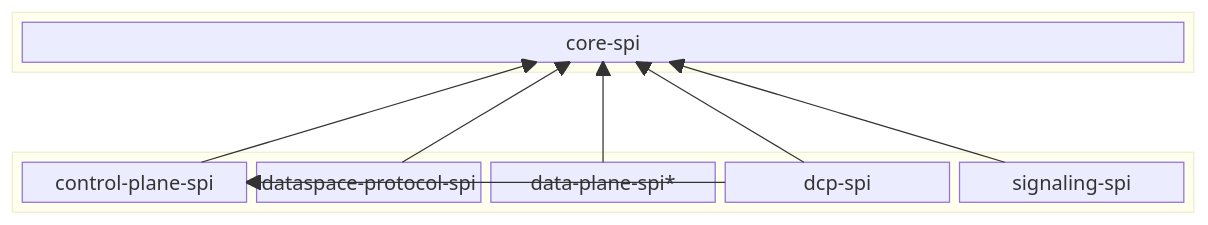
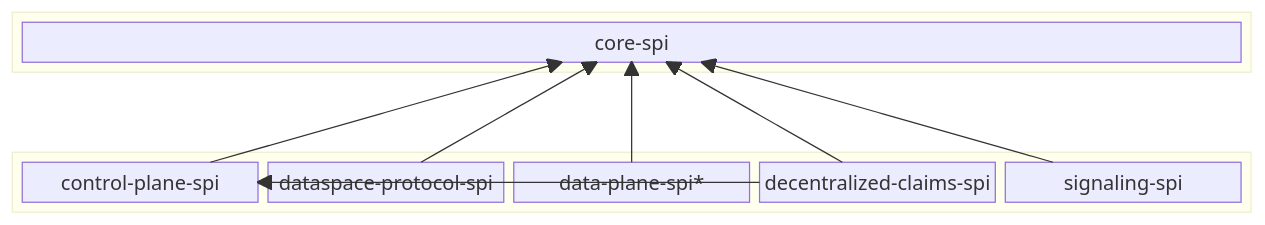
Before and after one commit to eclipse-edc/Connector: the diagram in docs/developer/decision-records/2026-06-18-spi-module-consolidation/README.md, drawn with Mermaid. The commit also changed other lines of this file and 44 other files, not shown here.

Commit message:
rename dcp-spi -> decentralized-claims-spi to avoid clashes

````diff
--- a/docs/developer/decision-records/2026-06-18-spi-module-consolidation/README.md
+++ b/docs/developer/decision-records/2026-06-18-spi-module-consolidation/README.md
@@ -96,22 +96,22 @@
 ```mermaid
 block-beta
     columns 1
     block
         R["core-spi"]
     end
     space
     block
         A["control-plane-spi"]
         B["dataspace-protocol-spi"]
         C["data-plane-spi*"]
-        D["dcp-spi"]
+        D["decentralized-claims-spi"]
         E["signaling-spi"]
     end
     A --> R
     B --> R
     C --> R
     D --> R
     E --> R
     D --> A
 
 ```
````
